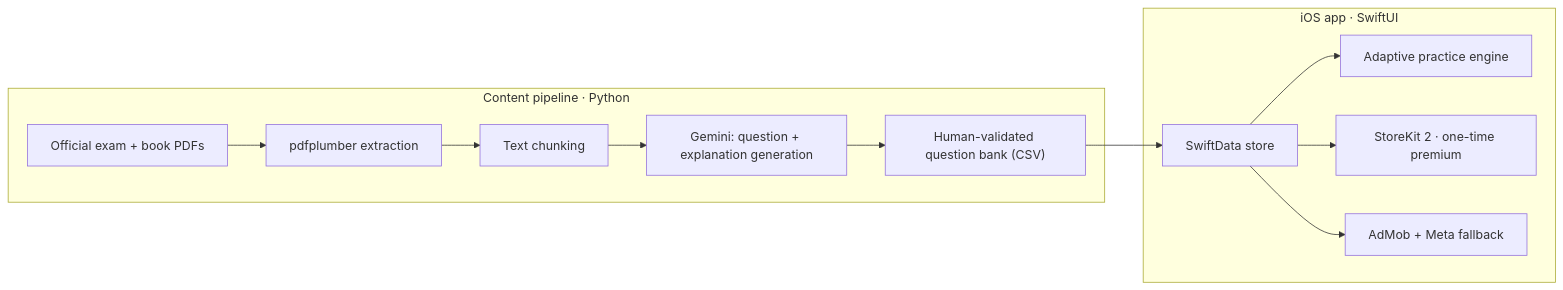
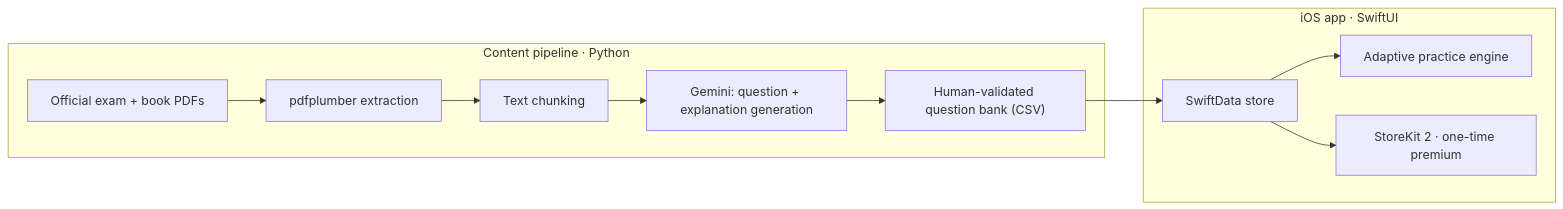
Before and after one commit to alentrgovcevic/BlivKlar: the diagram in README.md, drawn with Mermaid. The commit also changed other lines of this file and 3 other files, not shown here.

First line of the commit message:
README: no ads; App Store screenshots

````diff
--- a/README.md
+++ b/README.md
@@ -15,15 +15,14 @@
 ```mermaid
 flowchart LR
   subgraph Content["Content pipeline · Python"]
     PDF["Official exam + book PDFs"] --> EXTRACT["pdfplumber extraction"]
     EXTRACT --> CHUNK["Text chunking"]
     CHUNK --> GEMINI["Gemini: question + explanation generation"]
     GEMINI --> CSV["Human-validated question bank (CSV)"]
   end
   CSV --> APP
   subgraph App["iOS app · SwiftUI"]
     APP["SwiftData store"] --> PRACTICE["Adaptive practice engine"]
     APP --> IAP["StoreKit 2 · one-time premium"]
-    APP --> ADS["AdMob + Meta fallback"]
   end
 ```
````
